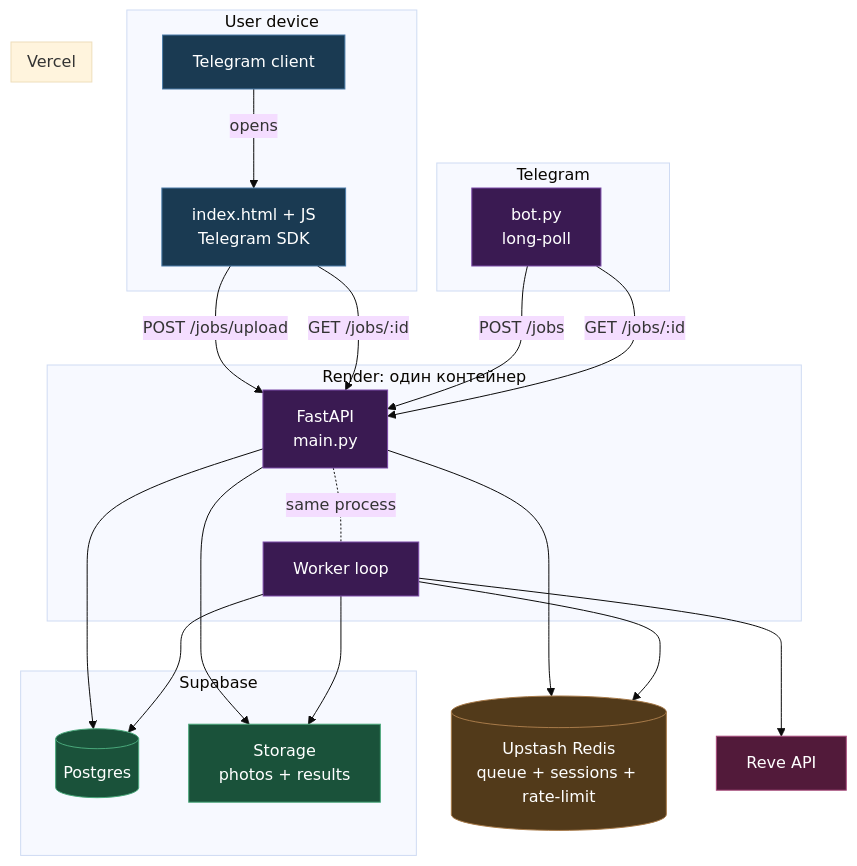
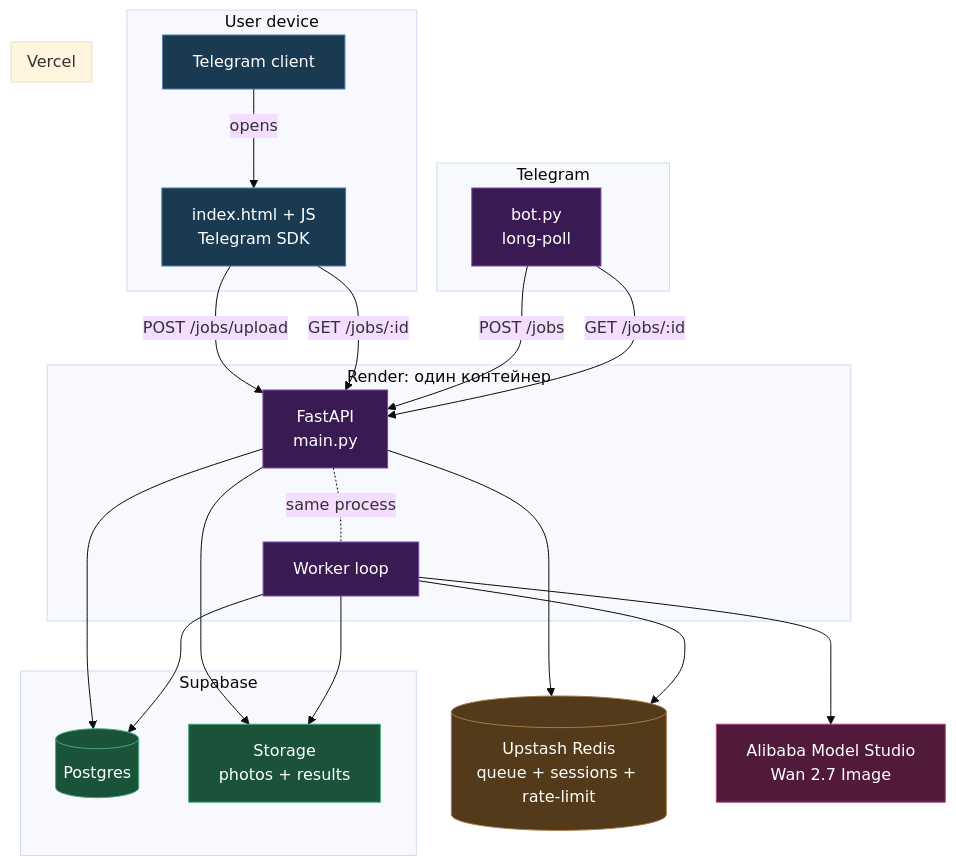
Before and after one commit to NickElixir/dream-wheels-ai: the second of 8 diagrams in docs/architecture.md, drawn with Mermaid (base theme). The commit also changed other lines of this file and 28 other files, not shown here.

````diff
--- a/docs/architecture.md
+++ b/docs/architecture.md
@@ -70,55 +70,55 @@
 ```mermaid
 graph TB
     subgraph Client["User device"]
         TG[Telegram client]
         TG -->|opens| WA[WebApp UI]
     end
 
     subgraph Edge["Vercel"]
         WA[index.html + JS<br/>Telegram SDK]
     end
 
     subgraph Render["Render: один контейнер"]
         API[FastAPI<br/>main.py]
         Worker[Worker loop]
         API -.same process.- Worker
     end
 
     subgraph TG_["Telegram"]
         Bot[bot.py<br/>long-poll]
     end
 
     subgraph Data["Supabase"]
         PG[(Postgres)]
         Storage[Storage<br/>photos + results]
     end
 
     Redis[(Upstash Redis<br/>queue + sessions + rate-limit)]
-    Reve[Reve API]
+    Wan[Alibaba Model Studio<br/>Wan 2.7 Image]
 
     WA -->|POST /jobs/upload| API
     WA -->|GET /jobs/:id| API
     Bot -->|POST /jobs| API
     Bot -->|GET /jobs/:id| API
 
     API --> Redis
     API --> PG
     API --> Storage
 
     Worker --> Redis
     Worker --> Storage
     Worker --> PG
-    Worker --> Reve
+    Worker --> Wan
 
     classDef frontend fill:#1a3a52,color:#fff,stroke:#4a7ba8
     classDef backend fill:#3a1a52,color:#fff,stroke:#7b4aa8
     classDef data fill:#1a523a,color:#fff,stroke:#4aa87b
     classDef cache fill:#523a1a,color:#fff,stroke:#a87b4a
     classDef external fill:#521a3a,color:#fff,stroke:#a84a7b
 
     class TG,WA frontend
     class API,Worker,Bot backend
     class PG,Storage data
     class Redis cache
-    class Reve external
+    class Wan external
 ```
````
